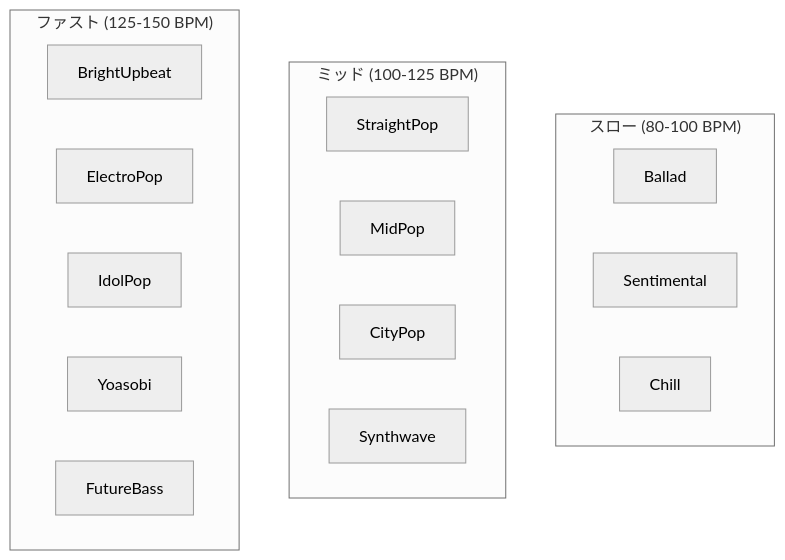
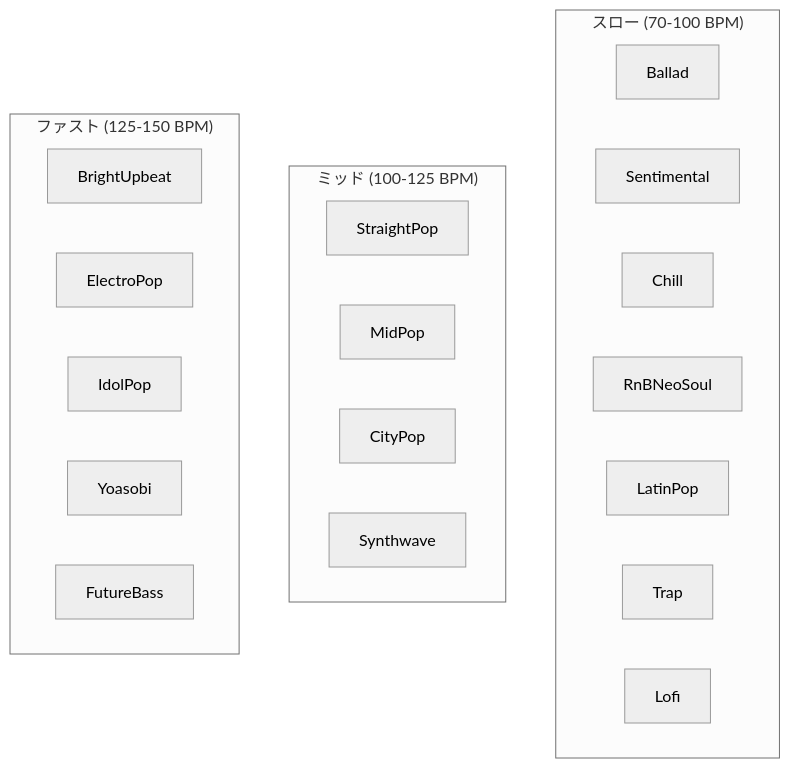
Before and after one commit to libraz/midi-sketch-homepage: the second of 6 diagrams in src/ja/docs/presets.md, drawn with Mermaid (neutral theme). The commit also changed other lines of this file and 24 other files, not shown here.

````diff
--- a/src/ja/docs/presets.md
+++ b/src/ja/docs/presets.md
@@ -85,23 +89,27 @@
 ```mermaid
 flowchart TD
-    subgraph Slow ["スロー (80-100 BPM)"]
+    subgraph Slow ["スロー (70-100 BPM)"]
         S1[Ballad]
         S2[Sentimental]
         S3[Chill]
+        S4[RnBNeoSoul]
+        S5[LatinPop]
+        S6[Trap]
+        S7[Lofi]
     end
 
     subgraph Mid ["ミッド (100-125 BPM)"]
         M1[StraightPop]
         M2[MidPop]
         M3[CityPop]
         M4[Synthwave]
     end
 
     subgraph Fast ["ファスト (125-150 BPM)"]
         F1[BrightUpbeat]
         F2[ElectroPop]
         F3[IdolPop]
         F4[Yoasobi]
         F5[FutureBass]
     end
 ```
````
